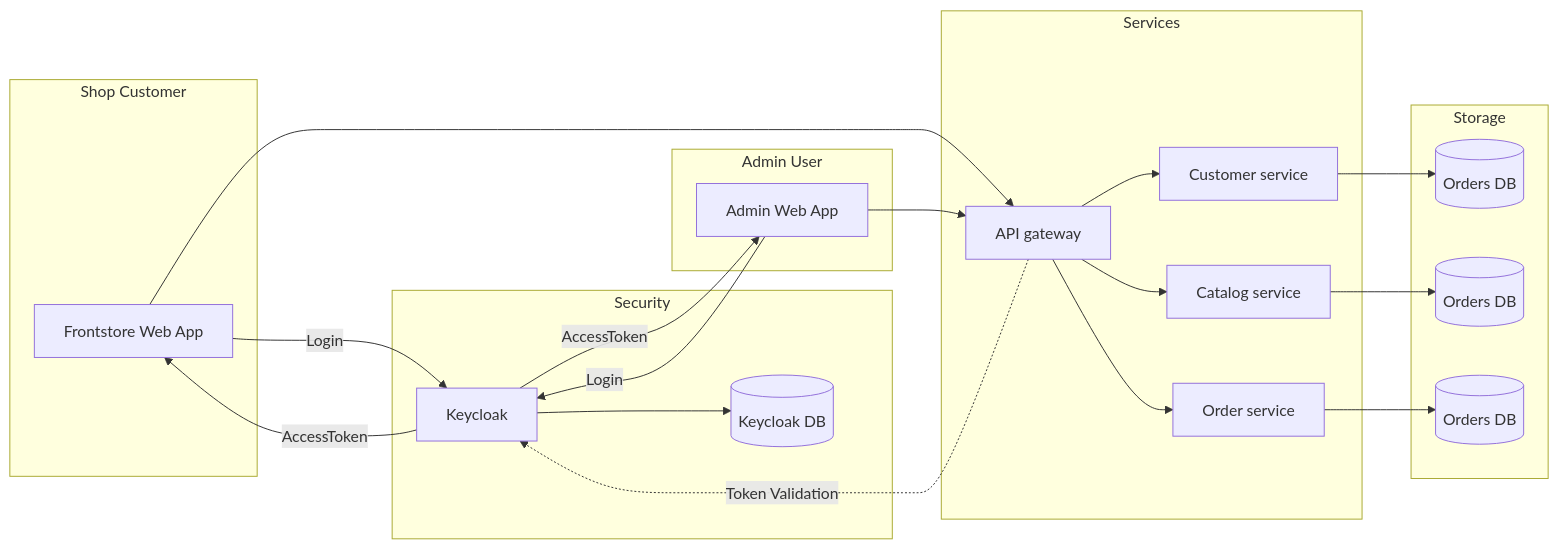
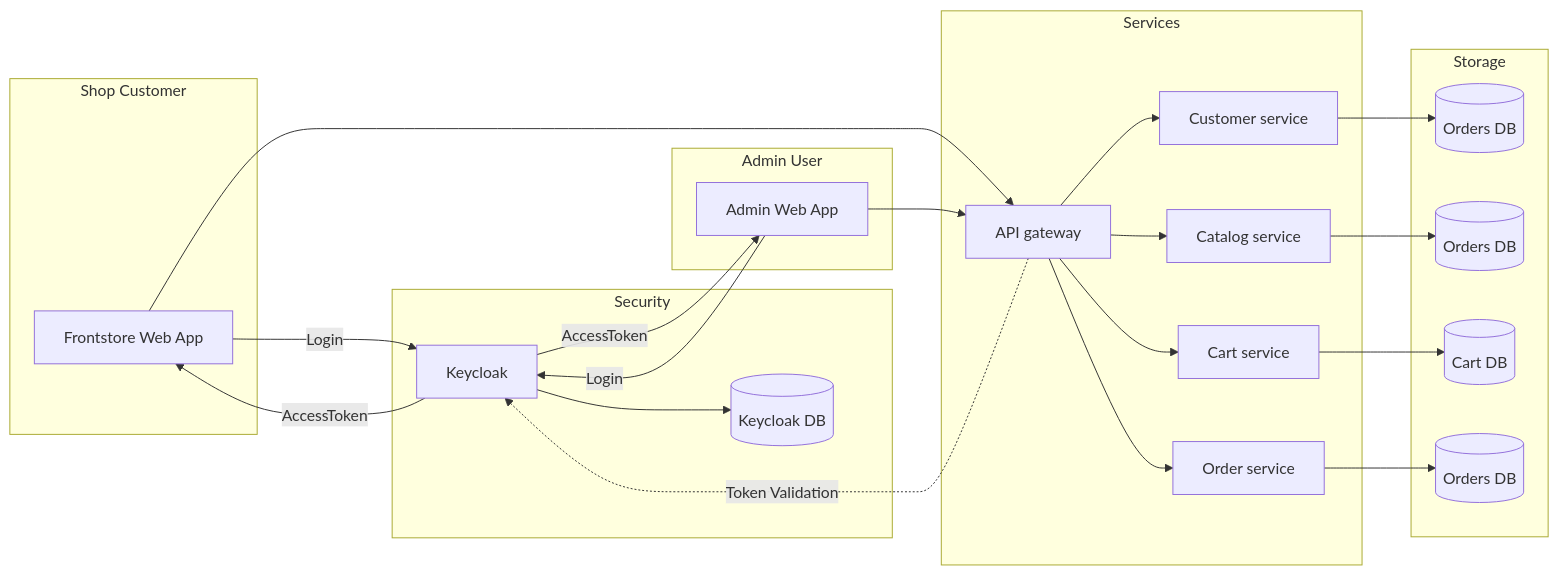
Before and after one commit to fcazalet/big-shop: the diagram in README.md, drawn with Mermaid.

Commit message:
Add cart to graph

````diff
--- a/README.md
+++ b/README.md
@@ -8,38 +8,42 @@
 ```mermaid
 flowchart LR
     subgraph Shop Customer
         Frontstore[Frontstore Web App]
     end
     subgraph Admin User
         Admin[Admin Web App]
     end
     subgraph Services
         API[API gateway]
         Customer[Customer service]
         Catalog[Catalog service]
+        Cart[Cart service]
         Order[Order service]
     end
     subgraph Security
         Keycloak[Keycloak]
         KeycloakDB[(Keycloak DB)]
     end
     subgraph Storage
         CustomerDB[(Orders DB)]
         CatalogDB[(Orders DB)]
+        CartDB[(Cart DB)]
         OrderDB[(Orders DB)]
     end
     Frontstore -->|Login| Keycloak
     Keycloak --> |AccessToken| Frontstore
     Frontstore --> API
     Admin -->|Login| Keycloak
     Keycloak --> |AccessToken| Admin
     Admin --> API
     API -. Token Validation .-> Keycloak
     Keycloak --> KeycloakDB
     API --> Customer
     API --> Catalog
+    API --> Cart
     API --> Order
     Customer --> CustomerDB
     Catalog --> CatalogDB
+    Cart --> CartDB
     Order --> OrderDB
 ```
````
